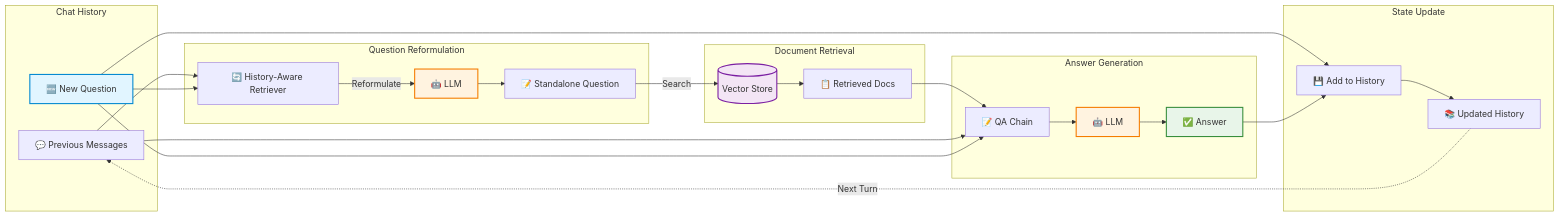
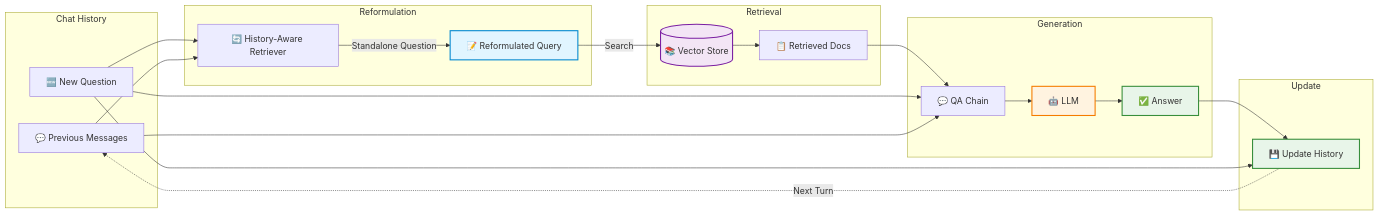
Before and after one commit to roypr-ma/rag-demo: the first of 2 diagrams in 2-chat-history/README.md, drawn with Mermaid. The commit also changed other lines of this file and 8 other files, not shown here.

````diff
--- a/2-chat-history/README.md
+++ b/2-chat-history/README.md
@@ -93,41 +54,39 @@
 ```mermaid
 graph LR
     subgraph "Chat History"
-        A[💬 Previous Messages] 
+        A[💬 Previous Messages]
         B[🆕 New Question]
     end
     
-    subgraph "Question Reformulation"
-        A --> C[🔄 History-Aware Retriever]
-        B --> C
-        C -->|Reformulate| D[🤖 LLM]
-        D --> E[📝 Standalone Question]
+    subgraph "Reformulation"
+        B --> C[🔄 History-Aware Retriever]
+        A --> C
+        C -->|Standalone Question| D[📝 Reformulated Query]
     end
     
-    subgraph "Document Retrieval"
-        E -->|Search| F[(Vector Store)]
-        F --> G[📋 Retrieved Docs]
+    subgraph "Retrieval"
+        D -->|Search| E[(📚 Vector Store)]
+        E --> F[📋 Retrieved Docs]
     end
     
-    subgraph "Answer Generation"
-        G --> H[📝 QA Chain]
-        A --> H
-        B --> H
-        H --> I[🤖 LLM]
-        I --> J[✅ Answer]
+    subgraph "Generation"
+        F --> G[💬 QA Chain]
+        B --> G
+        A --> G
+        G --> H[🤖 LLM]
+        H --> I[✅ Answer]
     end
     
-    subgraph "State Update"
-        B --> K[💾 Add to History]
-        J --> K
-        K --> L[📚 Updated History]
+    subgraph "Update"
+        I --> J[💾 Update History]
+        B --> J
     end
     
-    L -.->|Next Turn| A
+    J -.->|Next Turn| A
     
-    style B fill:#e1f5ff,stroke:#0288d1,stroke-width:2px
-    style D fill:#fff3e0,stroke:#f57c00,stroke-width:2px
-    style F fill:#f3e5f5,stroke:#7b1fa2,stroke-width:2px
-    style I fill:#fff3e0,stroke:#f57c00,stroke-width:2px
+    style D fill:#e1f5ff,stroke:#0288d1,stroke-width:2px
+    style E fill:#f3e5f5,stroke:#7b1fa2,stroke-width:2px
+    style H fill:#fff3e0,stroke:#f57c00,stroke-width:2px
+    style I fill:#e8f5e9,stroke:#388e3c,stroke-width:2px
     style J fill:#e8f5e9,stroke:#388e3c,stroke-width:2px
 ```
````
